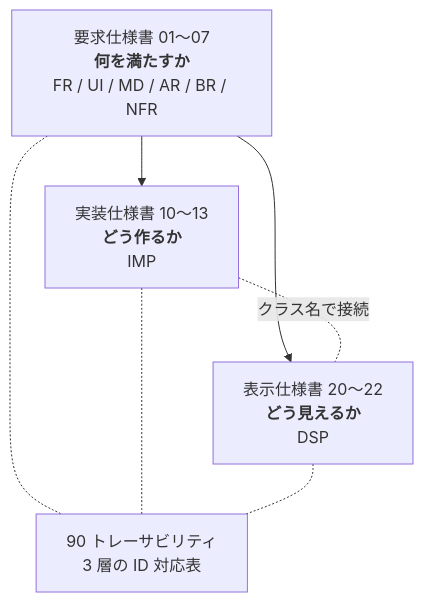
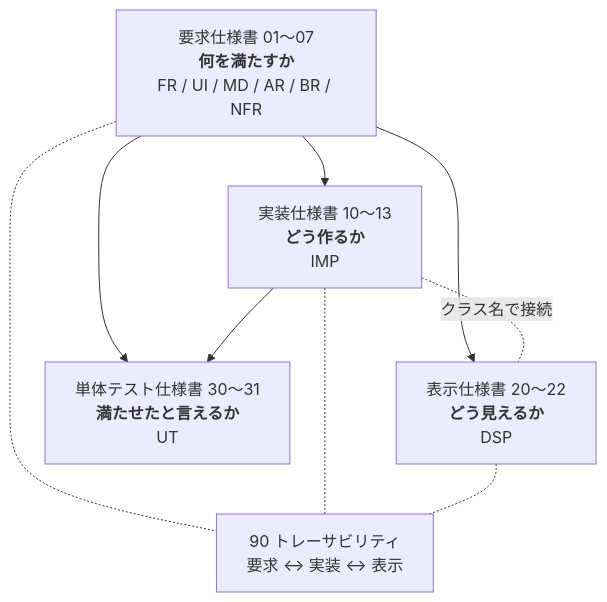
One commit to kznagamori/go_MarkView changed the diagram in docs/specs/README.md. Above: the diagram before and after it, drawn with Mermaid. The commit also changed other lines of this file and 5 other files, not shown here.

````diff
--- a/docs/specs/README.md
+++ b/docs/specs/README.md
@@ -20,14 +20,17 @@
 ```mermaid
 flowchart TD
     REQ["要求仕様書 01〜07<br/><b>何を満たすか</b><br/>FR / UI / MD / AR / BR / NFR"]
     IMPL["実装仕様書 10〜13<br/><b>どう作るか</b><br/>IMP"]
     DISP["表示仕様書 20〜22<br/><b>どう見えるか</b><br/>DSP"]
-    TRACE["90 トレーサビリティ<br/>3 層の ID 対応表"]
+    TEST["単体テスト仕様書 30〜31<br/><b>満たせたと言えるか</b><br/>UT"]
+    TRACE["90 トレーサビリティ<br/>要求 ↔ 実装 ↔ 表示"]
 
     REQ --> IMPL
     REQ --> DISP
     IMPL -.クラス名で接続.- DISP
+    REQ --> TEST
+    IMPL --> TEST
     REQ -.- TRACE
     IMPL -.- TRACE
     DISP -.- TRACE
 ```
````
